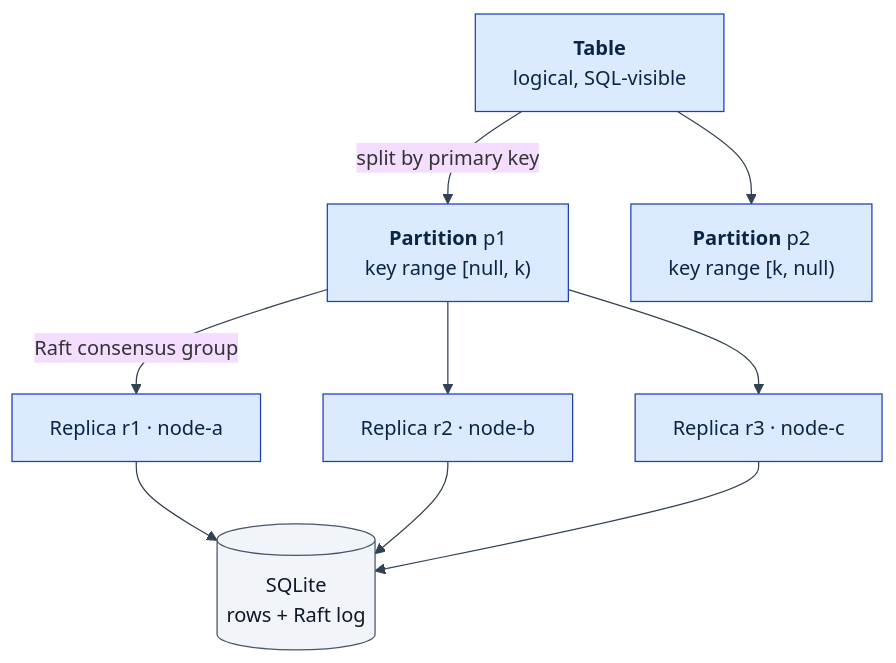
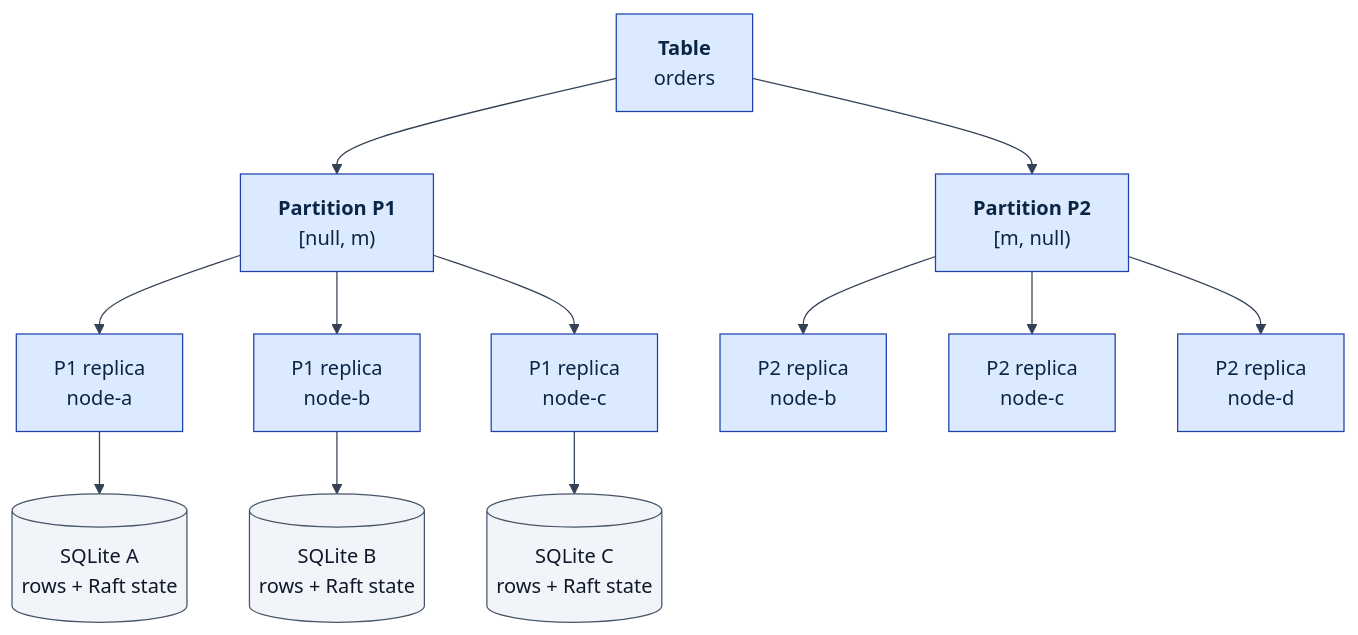
One commit to psvensson/lagrange changed the third of 9 diagrams in architecture/system-model.md. Above: the diagram before and after it, drawn with Mermaid. The commit also changed other lines of this file, not shown here.

````diff
--- a/architecture/system-model.md
+++ b/architecture/system-model.md
@@ -48,23 +132,27 @@
 ```mermaid
 %%{init: {'theme':'base','themeVariables':{'background':'#ffffff','lineColor':'#334155','textColor':'#0f172a'}}}%%
 flowchart TD
-  T["<b>Table</b><br/>logical, SQL-visible"]:::data
-  P1["<b>Partition</b> p1<br/>key range [null, k)"]:::data
-  P2["<b>Partition</b> p2<br/>key range [k, null)"]:::data
-  R1["Replica r1 · node-a"]:::data
-  R2["Replica r2 · node-b"]:::data
-  R3["Replica r3 · node-c"]:::data
-  S1[("SQLite<br/>rows + Raft log")]:::ext
+  T["<b>Table</b><br/>orders"]:::data
+  P1["<b>Partition P1</b><br/>[null, m)"]:::data
+  P2["<b>Partition P2</b><br/>[m, null)"]:::data
 
-  T -->|"split by primary key"| P1
+  R1A["P1 replica<br/>node-a"]:::data --> S1A[("SQLite A<br/>rows + Raft state")]:::ext
+  R1B["P1 replica<br/>node-b"]:::data --> S1B[("SQLite B<br/>rows + Raft state")]:::ext
+  R1C["P1 replica<br/>node-c"]:::data --> S1C[("SQLite C<br/>rows + Raft state")]:::ext
+
+  R2A["P2 replica<br/>node-b"]:::data
+  R2B["P2 replica<br/>node-c"]:::data
+  R2C["P2 replica<br/>node-d"]:::data
+
+  T --> P1
   T --> P2
-  P1 -->|"Raft consensus group"| R1
-  P1 --> R2
-  P1 --> R3
-  R1 --> S1
-  R2 --> S1
-  R3 --> S1
+  P1 --> R1A
+  P1 --> R1B
+  P1 --> R1C
+  P2 --> R2A
+  P2 --> R2B
+  P2 --> R2C
 
   classDef data fill:#dbeafe,stroke:#1e40af,color:#0b2545
   classDef ext fill:#f1f5f9,stroke:#475569,color:#0f172a
 ```
````
